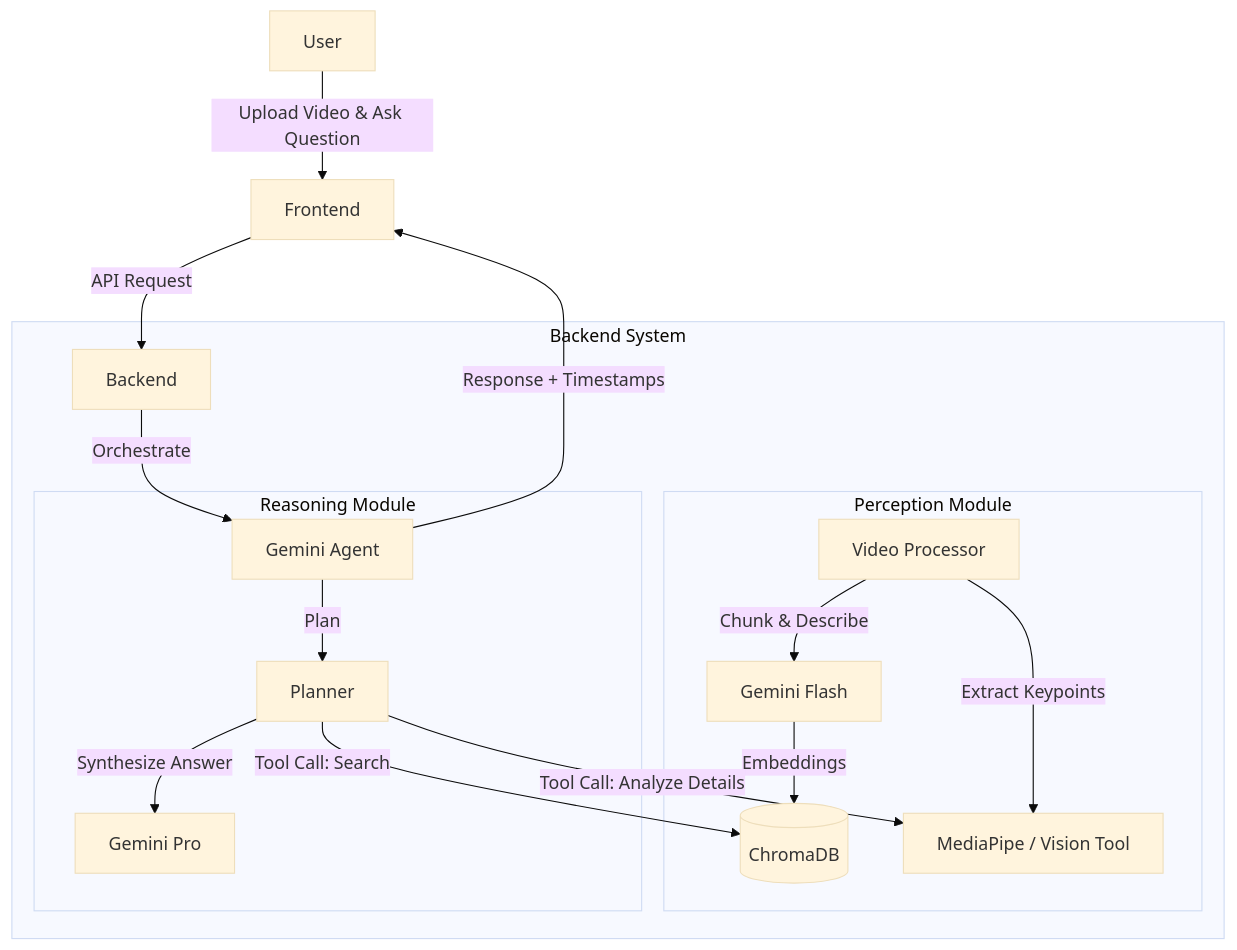
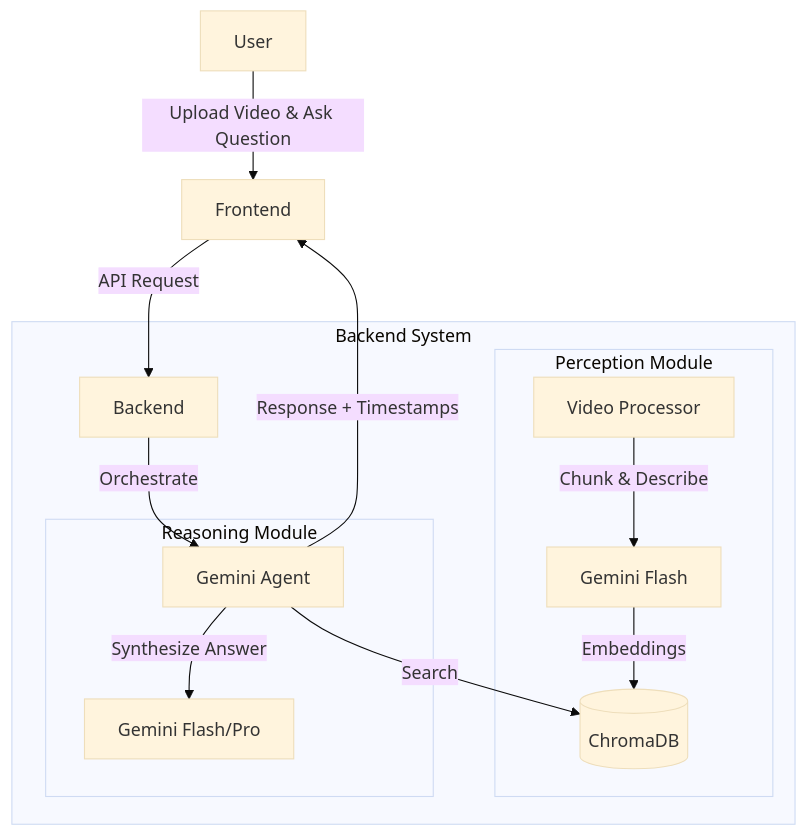
Before and after one commit to dfk007/LongVideo-Human_Motion_Analysis_Agent: the diagram in README.md, drawn with Mermaid (base theme). The commit also changed other lines of this file, not shown here.

````diff
--- a/README.md
+++ b/README.md
@@ -16,24 +34,21 @@
 ```mermaid
 graph TD
     User[User] -->|Upload Video & Ask Question| Frontend
     Frontend -->|API Request| Backend
     
     subgraph "Backend System"
         Backend -->|Orchestrate| Agent[Gemini Agent]
         
         subgraph "Perception Module"
             VideoProcessor[Video Processor] -->|Chunk & Describe| LLM_Vision[Gemini Flash]
             LLM_Vision -->|Embeddings| ChromaDB[(ChromaDB)]
-            VideoProcessor -->|Extract Keypoints| PoseEstimator[MediaPipe / Vision Tool]
         end
         
         subgraph "Reasoning Module"
-            Agent -->|Plan| Planner
-            Planner -->|Tool Call: Search| ChromaDB
-            Planner -->|Tool Call: Analyze Details| PoseEstimator
-            Planner -->|Synthesize Answer| LLM_Reasoning[Gemini Pro]
+            Agent -->|Search| ChromaDB
+            Agent -->|Synthesize Answer| LLM_Reasoning[Gemini Flash/Pro]
         end
     end
     
     Agent -->|Response + Timestamps| Frontend
 ```
````
